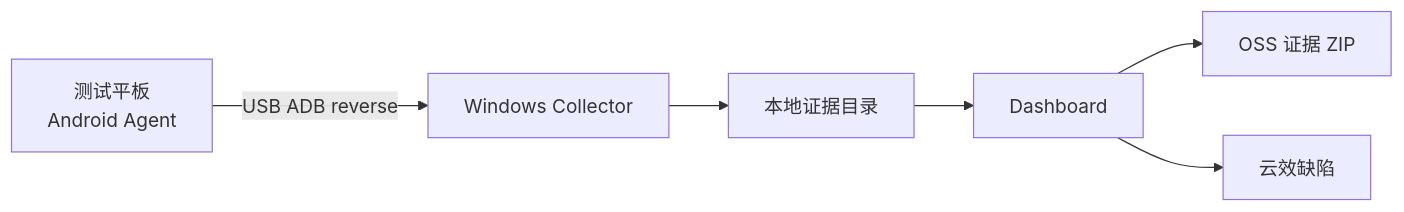
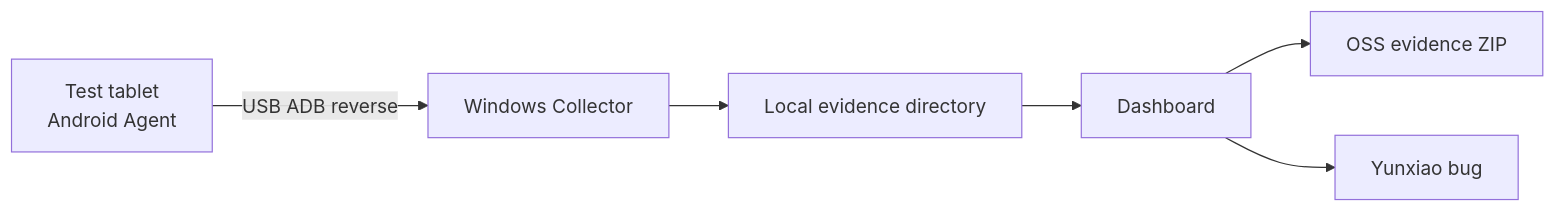
One commit to Ay-Future/fastbug changed the diagram in README.md. Above: the diagram before and after it, drawn with Mermaid. The commit also changed other lines of this file and 1 other file, not shown here.

````diff
--- a/README.md
+++ b/README.md
@@ -8,8 +11,8 @@
 ```mermaid
 flowchart LR
-    A[测试平板\nAndroid Agent] -->|USB ADB reverse| B[Windows Collector]
-    B --> C[本地证据目录]
+    A[Test tablet\nAndroid Agent] -->|USB ADB reverse| B[Windows Collector]
+    B --> C[Local evidence directory]
     C --> D[Dashboard]
-    D --> E[OSS 证据 ZIP]
-    D --> F[云效缺陷]
+    D --> E[OSS evidence ZIP]
+    D --> F[Yunxiao bug]
 ```
````
